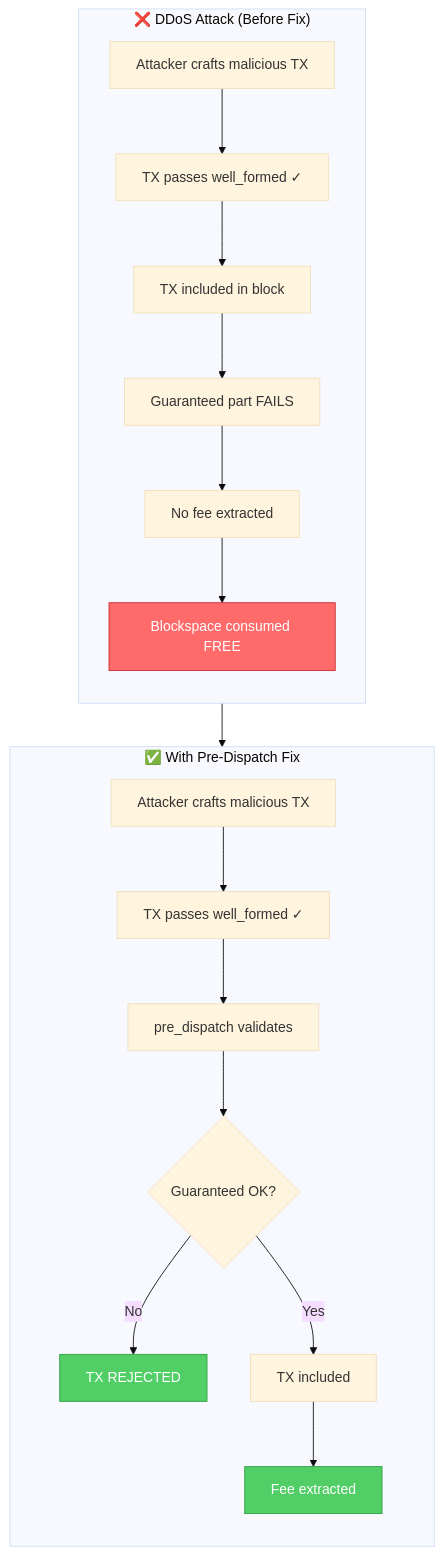
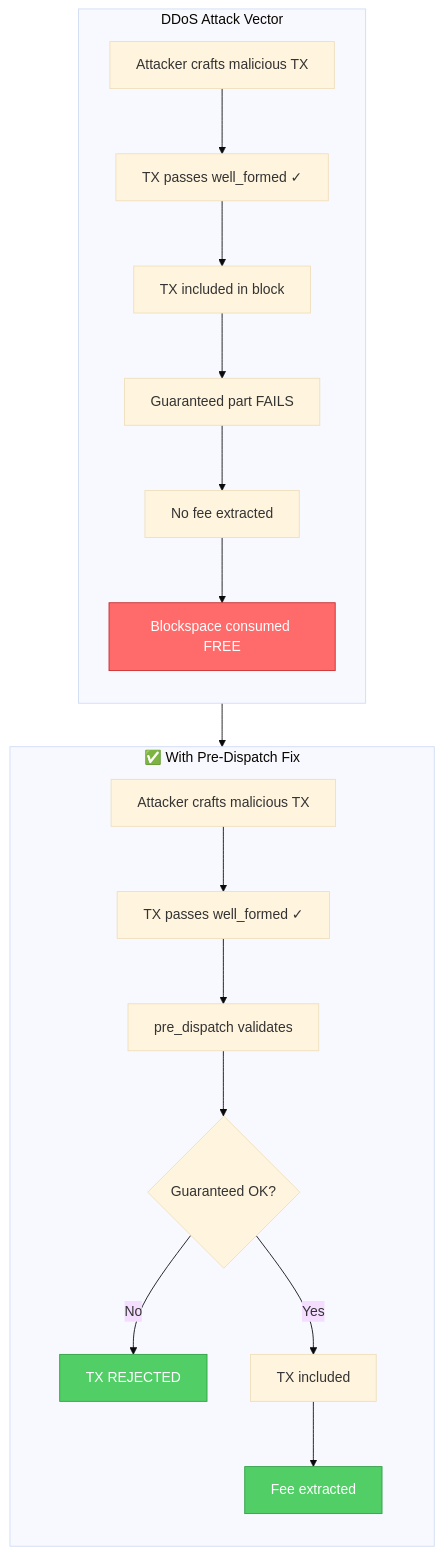
Before and after one commit to midnightntwrk/midnight-node: the first of 2 diagrams in docs/decisions/0003-prevent-feeless-blockspace-ddos.md, drawn with Mermaid (base theme).

Commit message:
diagram update

````diff
--- a/docs/decisions/0003-prevent-feeless-blockspace-ddos.md
+++ b/docs/decisions/0003-prevent-feeless-blockspace-ddos.md
@@ -22,27 +22,27 @@
 ```mermaid
 flowchart TB
-    subgraph Attack["❌ DDoS Attack (Before Fix)"]
+    subgraph Attack["DDoS Attack Vector"]
         direction TB
         A1[Attacker crafts malicious TX] --> A2[TX passes well_formed ✓]
         A2 --> A3[TX included in block]
         A3 --> A4[Guaranteed part FAILS]
         A4 --> A5[No fee extracted]
         A5 --> A6[Blockspace consumed FREE]
     end
 
     Attack --> Defense
 
     subgraph Defense["✅ With Pre-Dispatch Fix"]
         direction TB
         B1[Attacker crafts malicious TX] --> B2[TX passes well_formed ✓]
         B2 --> B3[pre_dispatch validates]
         B3 --> B4{Guaranteed OK?}
         B4 -->|No| B5[TX REJECTED]
         B4 -->|Yes| B6[TX included]
         B6 --> B7[Fee extracted]
     end
 
     style A6 fill:#ff6b6b,stroke:#c92a2a,color:#fff
     style B5 fill:#51cf66,stroke:#2f9e44,color:#fff
     style B7 fill:#51cf66,stroke:#2f9e44,color:#fff
 ```
````
